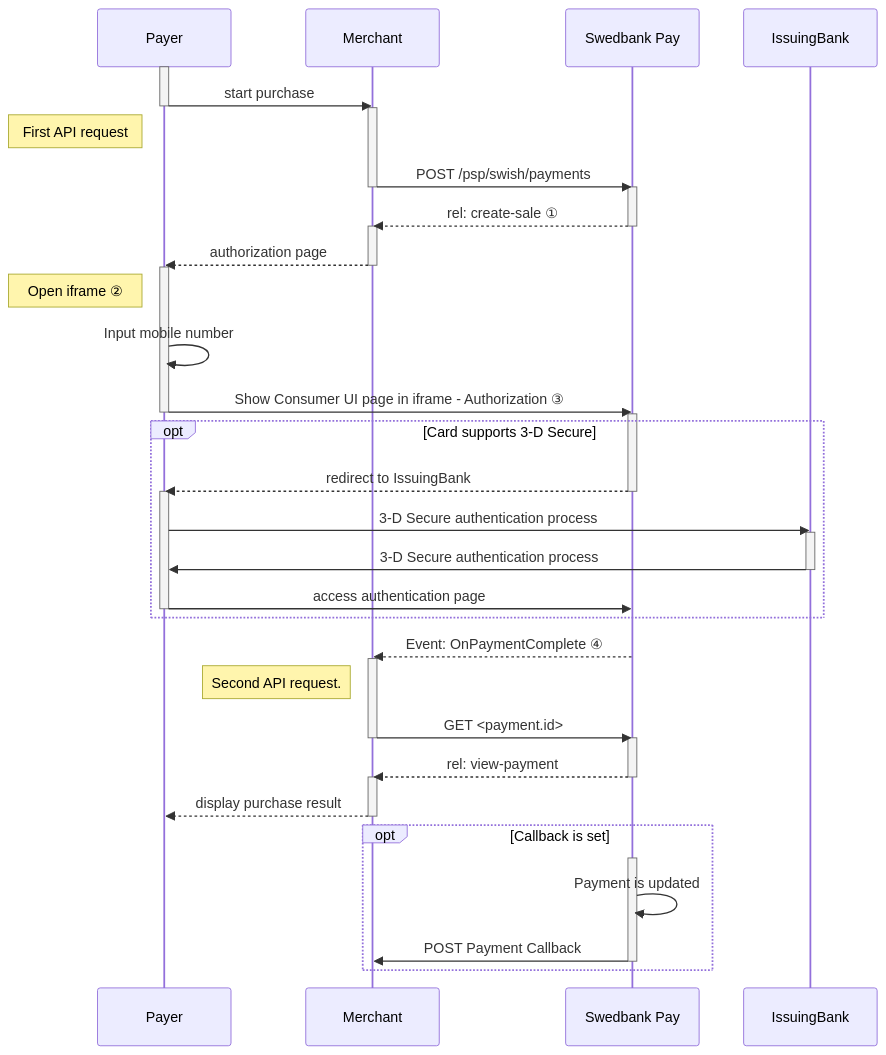
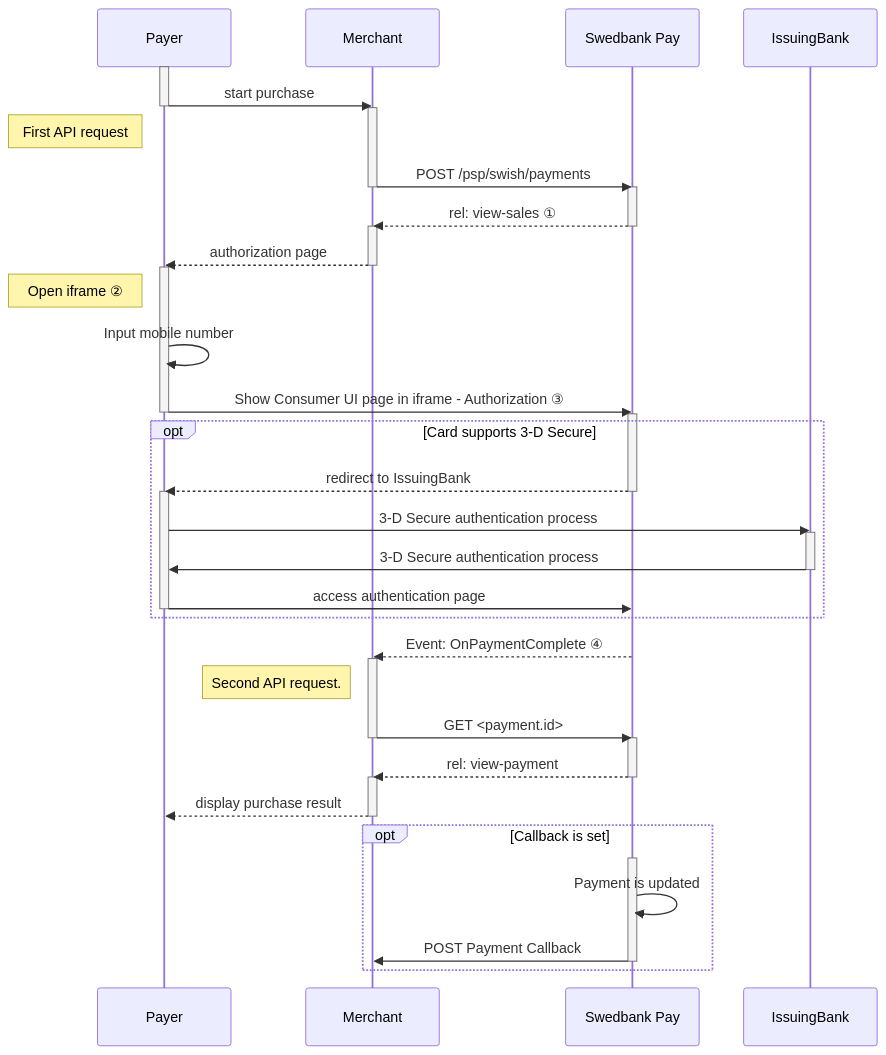
One commit to SwedbankPay/developer.swedbankpay.com changed the diagram in payments/swish/seamless-view.md. Above: the diagram before and after it, drawn with Mermaid. The commit also changed other lines of this file, not shown here.

Commit message:
DX-477 Indent fix. Hard cut-off fix. Link fix. Edit values in sequence diagram and explaination. Added intent, operations, purchase with code example, and front end section.

````diff
--- a/payments/swish/seamless-view.md
+++ b/payments/swish/seamless-view.md
@@ -45,44 +50,44 @@
 ```mermaid
 sequenceDiagram
     participant Payer
     participant Merchant
     participant SwedbankPay as Swedbank Pay
 
     activate Payer
     Payer->>-Merchant: start purchase
     activate Merchant
     note left of Payer: First API request
     Merchant->>-SwedbankPay: POST /psp/swish/payments
     activate SwedbankPay
-    SwedbankPay-->>-Merchant: rel: create-sale ①
+    SwedbankPay-->>-Merchant: rel: view-sales ①
     activate Merchant
     Merchant-->>-Payer: authorization page
     activate Payer
     note left of Payer: Open iframe ②
     Payer->>Payer: Input mobile number
     Payer->>-SwedbankPay: Show Consumer UI page in iframe - Authorization ③
     activate SwedbankPay
         opt Card supports 3-D Secure
         SwedbankPay-->>-Payer: redirect to IssuingBank
         activate Payer
         Payer->>IssuingBank: 3-D Secure authentication process
         activate IssuingBank
         IssuingBank->>-Payer: 3-D Secure authentication process
         Payer->>-SwedbankPay: access authentication page
         end
     SwedbankPay-->>Merchant: Event: OnPaymentComplete ④
     activate Merchant
     note left of Merchant: Second API request.
     Merchant->>-SwedbankPay: GET <payment.id>
     activate SwedbankPay
     SwedbankPay-->>-Merchant: rel: view-payment
     activate Merchant
     Merchant-->>-Payer: display purchase result
     activate Payer
 
         opt Callback is set
         activate SwedbankPay
         SwedbankPay->>SwedbankPay: Payment is updated
         SwedbankPay->>-Merchant: POST Payment Callback
         end
 ```
````
